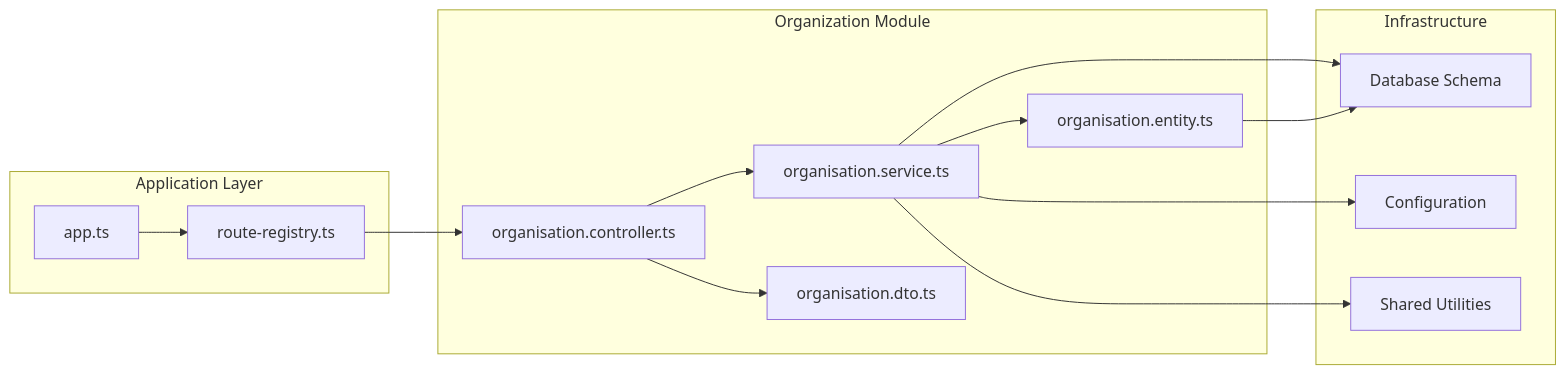
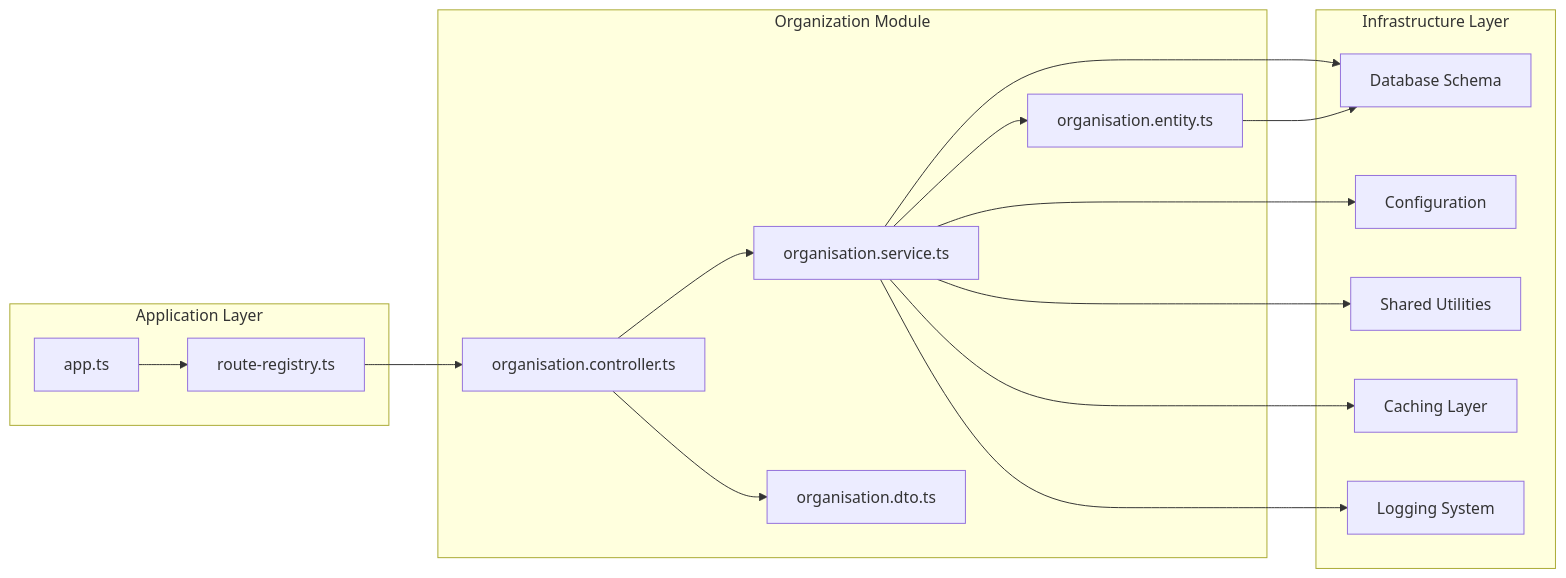
The third of 4 diagrams in .qoder/repowiki/en/content/Human Resources Management/Organization Module Architecture.md (franckylab/eLISAschool), drawn with Mermaid before and after one commit. The commit also changed other lines of this file and 188 other files, not shown here.

````diff
--- a/.qoder/repowiki/en/content/Human Resources Management/Organization Module Architecture.md
+++ b/.qoder/repowiki/en/content/Human Resources Management/Organization Module Architecture.md
@@ -242,27 +280,31 @@
 ```mermaid
 graph LR
 subgraph "Application Layer"
 A["app.ts"]
 R["route-registry.ts"]
 end
 subgraph "Organization Module"
 C["organisation.controller.ts"]
 S["organisation.service.ts"]
 D["organisation.dto.ts"]
 E["organisation.entity.ts"]
 end
-subgraph "Infrastructure"
+subgraph "Infrastructure Layer"
 DB["Database Schema"]
 Config["Configuration"]
 Utils["Shared Utilities"]
+Cache["Caching Layer"]
+Logger["Logging System"]
 end
 A --> R
 R --> C
 C --> S
 S --> E
 S --> DB
 S --> Config
 S --> Utils
+S --> Cache
+S --> Logger
 C --> D
 E --> DB
 ```
````
